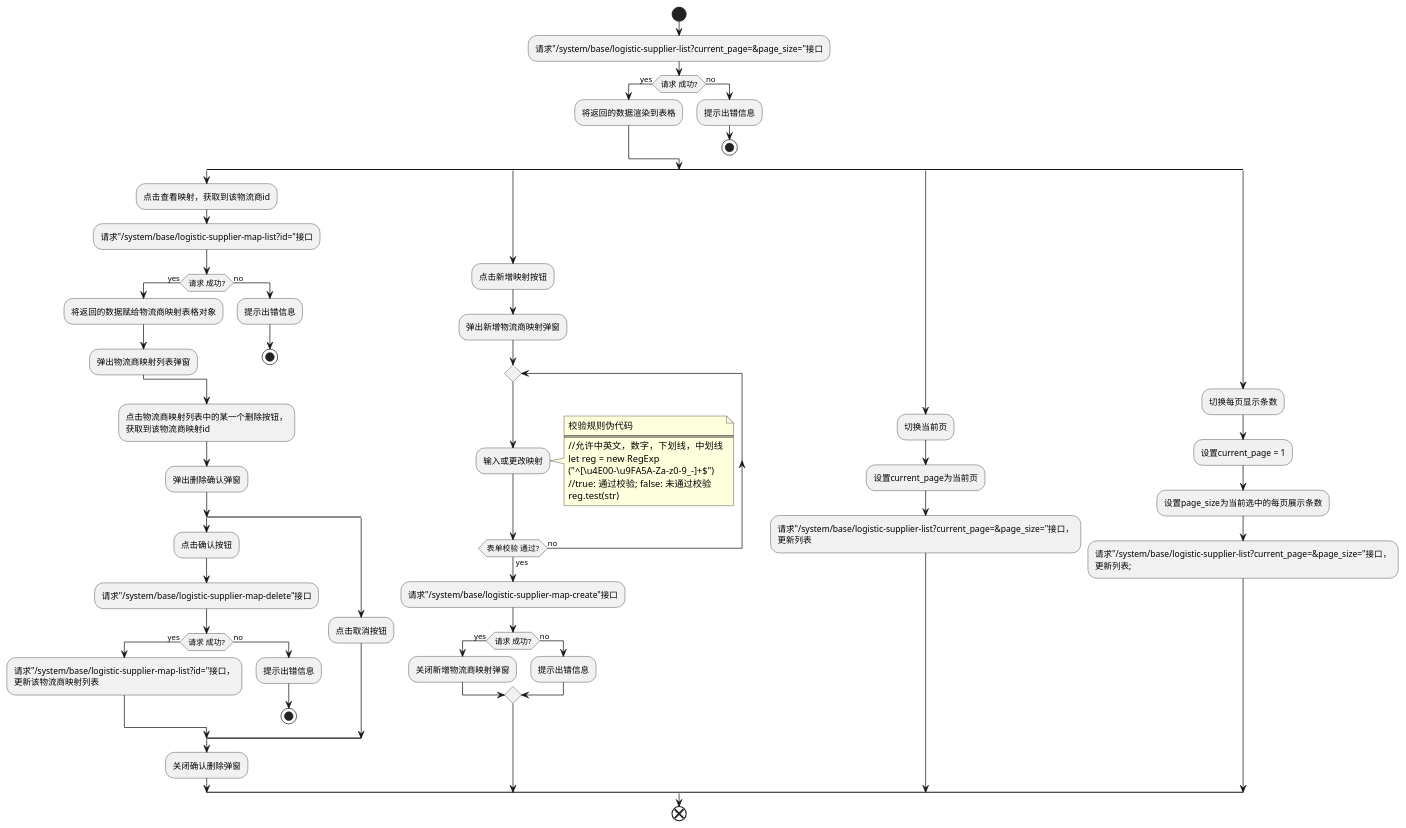
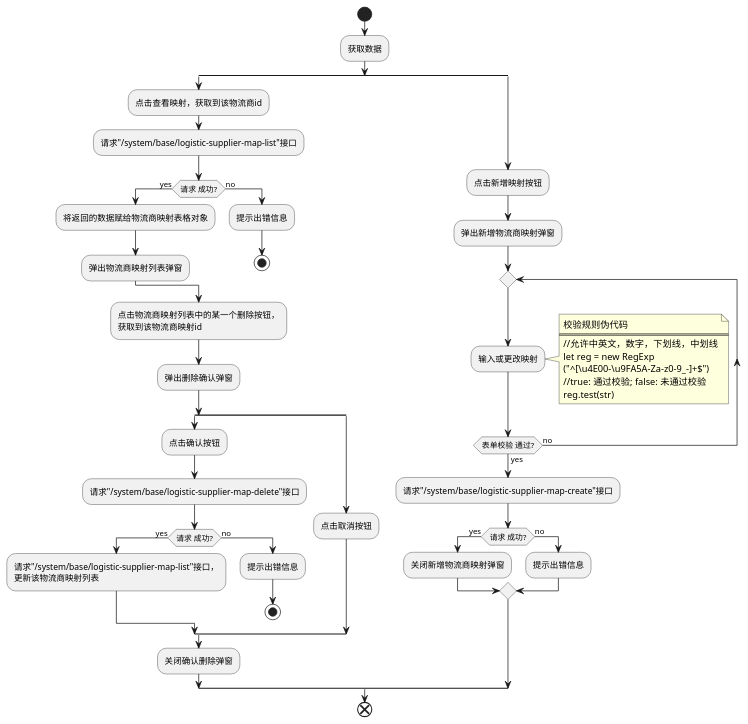
Before and after one commit to futurekidult/lis: the diagram in docs/development-flow-diagram.puml/system/get-logistics-supplier.puml, drawn with PlantUML. The commit also changed 4 other files, not shown here.

```diff
--- a/docs/development-flow-diagram.puml/system/get-logistics-supplier.puml
+++ b/docs/development-flow-diagram.puml/system/get-logistics-supplier.puml
@@ -1,73 +1,56 @@
 @startuml
 
 start
-  :请求"/system/base/logistic-supplier-list?current_page=&page_size="接口;
-  if(请求 成功?) then (yes)
-    :将返回的数据渲染到表格;
-  else (no)
-    :提示出错信息;
-    stop
-  endif
+:获取数据;
 split
   :点击查看映射，获取到该物流商id;
-  :请求"/system/base/logistic-supplier-map-list?id="接口;
+  :请求"/system/base/logistic-supplier-map-list"接口;
   if(请求 成功?) then (yes)
     :将返回的数据赋给物流商映射表格对象;
     :弹出物流商映射列表弹窗;
   else (no)
     :提示出错信息;
     stop
   endif
   :点击物流商映射列表中的某一个删除按钮，
   获取到该物流商映射id;
   :弹出删除确认弹窗;
   split
     :点击确认按钮;
     :请求"/system/base/logistic-supplier-map-delete"接口;
     if(请求 成功?) then (yes)
-      :请求"/system/base/logistic-supplier-map-list?id="接口，
+      :请求"/system/base/logistic-supplier-map-list"接口，
       更新该物流商映射列表;
     else (no)
       :提示出错信息;
       stop
     endif
   split again
     :点击取消按钮;
   end split
   :关闭确认删除弹窗;
 split again
   :点击新增映射按钮;
   :弹出新增物流商映射弹窗;
   repeat
     :输入或更改映射;
   repeat while(表单校验 通过?) is (no) not (yes)
   note right 
     校验规则伪代码
     ====
     //允许中英文，数字，下划线，中划线
     let reg = new RegExp
     ("^[\u4E00-\u9FA5A-Za-z0-9_-]+$")
     //true: 通过校验; false: 未通过校验
     reg.test(str) 
   end note
   :请求"/system/base/logistic-supplier-map-create"接口;
   if(请求 成功?) then (yes)
     :关闭新增物流商映射弹窗;
   else (no)
     :提示出错信息;
   endif    
-split again
-  :切换当前页;
-  :设置current_page为当前页;
-  :请求"/system/base/logistic-supplier-list?current_page=&page_size="接口，
-  更新列表;
-split again 
-  :切换每页显示条数;
-  :设置current_page = 1;
-  :设置page_size为当前选中的每页展示条数;
-  :请求"/system/base/logistic-supplier-list?current_page=&page_size="接口，
-  更新列表;;
 end split
 end
 
 @enduml
```
